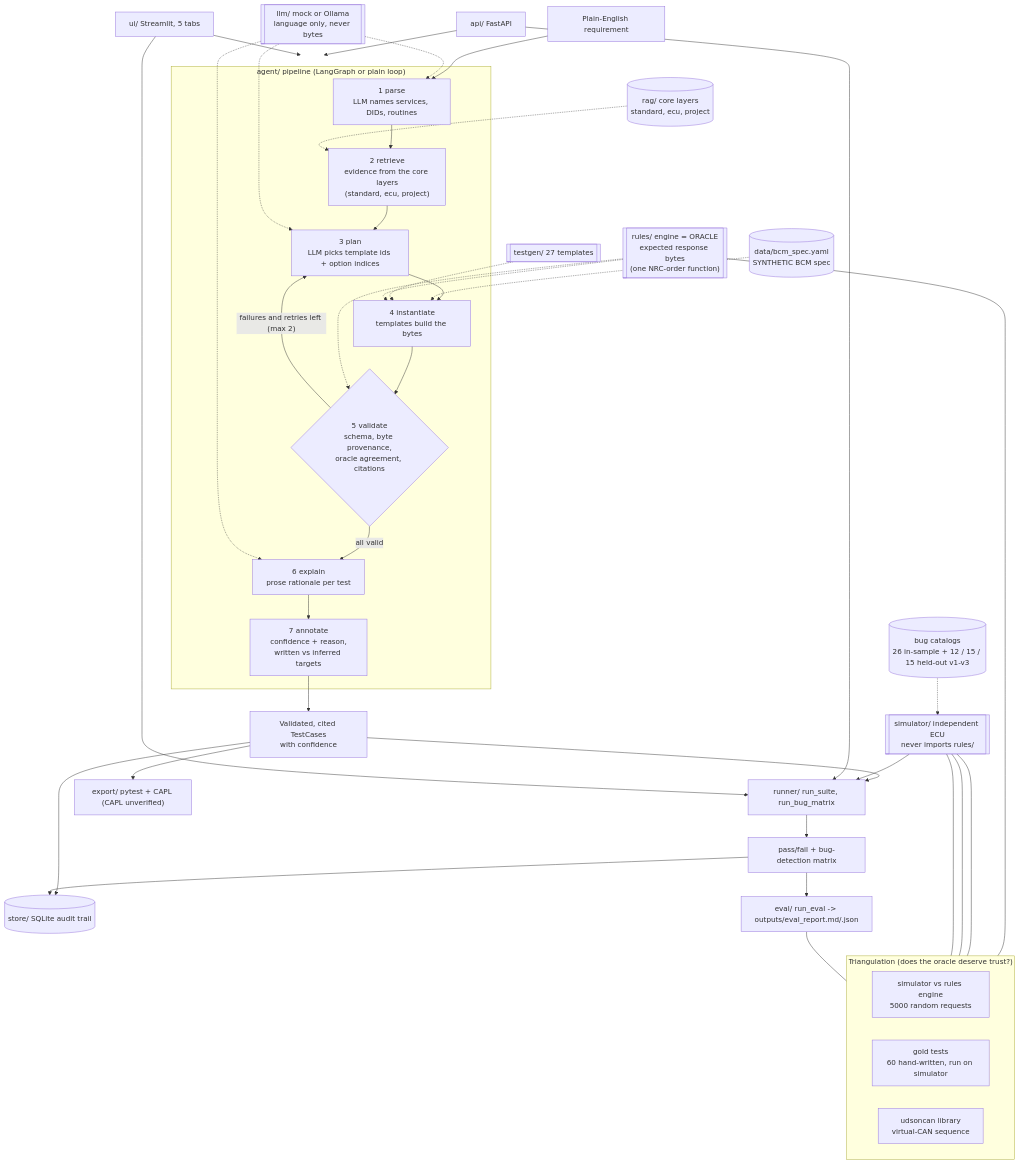
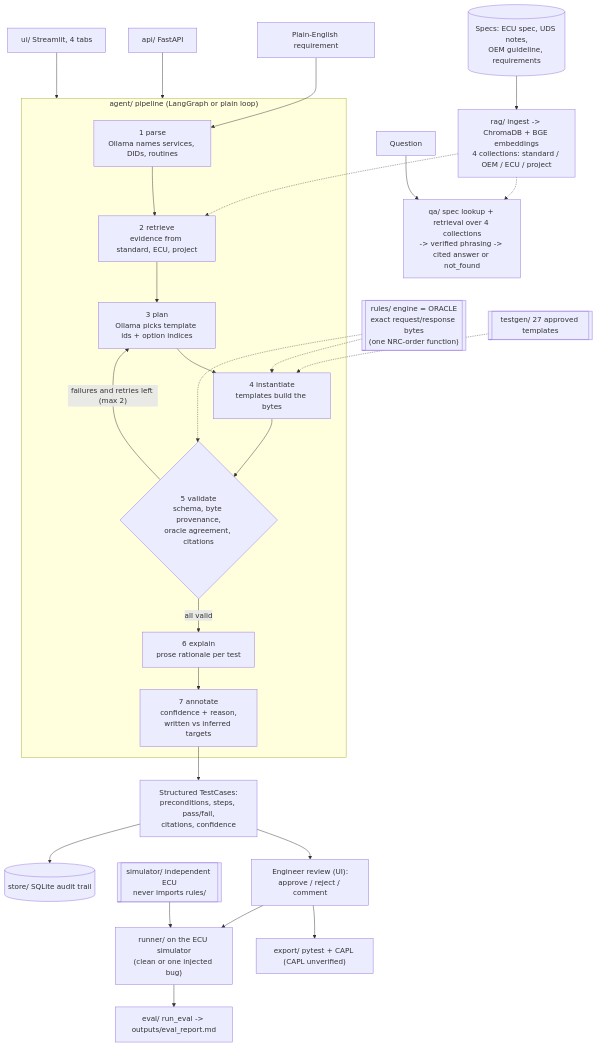
The diagram in docs/ARCHITECTURE.md (satyakarthikeya/tata_tech), drawn with Mermaid before and after one commit. The commit also changed other lines of this file and 258 other files, not shown here.

Commit message:
simple release (wip): Ollama + Chroma only, one eval, four tabs

````diff
--- a/docs/ARCHITECTURE.md
+++ b/docs/ARCHITECTURE.md
@@ -5,52 +5,35 @@
 ```mermaid
 flowchart TD
+    SRC[("Specs: ECU spec, UDS notes,<br/>OEM guideline, requirements")] --> ING["rag/ ingest -> ChromaDB + BGE embeddings<br/>4 collections: standard / OEM / ECU / project"]
     REQ["Plain-English requirement"] --> PARSE
 
     subgraph AGENT["agent/ pipeline (LangGraph or plain loop)"]
-        PARSE["1 parse<br/>LLM names services, DIDs, routines"] --> RETRIEVE
-        RETRIEVE["2 retrieve<br/>evidence from the core layers<br/>(standard, ecu, project)"] --> PLAN
-        PLAN["3 plan<br/>LLM picks template ids + option indices"] --> INST
+        PARSE["1 parse<br/>Ollama names services, DIDs, routines"] --> RETRIEVE
+        RETRIEVE["2 retrieve<br/>evidence from standard, ECU, project"] --> PLAN
+        PLAN["3 plan<br/>Ollama picks template ids + option indices"] --> INST
         INST["4 instantiate<br/>templates build the bytes"] --> VAL
         VAL{"5 validate<br/>schema, byte provenance,<br/>oracle agreement, citations"}
         VAL -- "all valid" --> EXPL["6 explain<br/>prose rationale per test"]
         EXPL --> ANN["7 annotate<br/>confidence + reason,<br/>written vs inferred targets"]
         VAL -- "failures and retries left (max 2)" --> PLAN
     end
 
-    LLM[["llm/ mock or Ollama<br/>language only, never bytes"]] -.-> PARSE
-    LLM -.-> PLAN
-    LLM -.-> EXPL
-    RAG[("rag/ core layers<br/>standard, ecu, project")] -.-> RETRIEVE
-    SPEC[("data/bcm_spec.yaml<br/>SYNTHETIC BCM spec")] -.-> INST
-    TPL[["testgen/ 27 templates"]] -.-> INST
-    ORACLE[["rules/ engine = ORACLE<br/>expected response bytes<br/>(one NRC-order function)"]] -.-> INST
+    ING -.-> RETRIEVE
+    ORACLE[["rules/ engine = ORACLE<br/>exact request/response bytes<br/>(one NRC-order function)"]] -.-> INST
     ORACLE -.-> VAL
+    TPL[["testgen/ 27 approved templates"]] -.-> INST
 
-    ANN --> TESTS["Validated, cited TestCases<br/>with confidence"]
+    ANN --> TESTS["Structured TestCases:<br/>preconditions, steps, pass/fail,<br/>citations, confidence"]
+    TESTS --> REVIEW["Engineer review (UI):<br/>approve / reject / comment"]
+    REVIEW --> EXPORT["export/ pytest + CAPL (CAPL unverified)"]
+    REVIEW --> RUNNER["runner/ on the ECU simulator<br/>(clean or one injected bug)"]
+    SIM[["simulator/ independent ECU<br/>never imports rules/"]] --> RUNNER
+    RUNNER --> REPORT["eval/ run_eval -> outputs/eval_report.md"]
     TESTS --> STORE[("store/ SQLite audit trail")]
-    TESTS --> RUNNER["runner/ run_suite, run_bug_matrix"]
-    TESTS --> EXPORT["export/ pytest + CAPL (CAPL unverified)"]
 
-    SIM[["simulator/ independent ECU<br/>never imports rules/"]] --> RUNNER
-    BUGS[("bug catalogs<br/>26 in-sample + 12 / 15 / 15 held-out v1-v3")] -.-> SIM
-    RUNNER --> RESULTS["pass/fail + bug-detection matrix"]
-    RESULTS --> EVAL["eval/ run_eval -> outputs/eval_report.md/.json"]
-    RESULTS --> STORE
+    Q["Question"] --> QA["qa/ spec lookup + retrieval over 4 collections<br/>-> verified phrasing -> cited answer or not_found"]
+    ING -.-> QA
 
     API["api/ FastAPI"] --> AGENT
-    API --> RUNNER
-    UI["ui/ Streamlit, 5 tabs"] --> AGENT
-    UI --> RUNNER
-
-    subgraph TRI["Triangulation (does the oracle deserve trust?)"]
-        direction LR
-        T1["simulator vs rules engine<br/>5000 random requests"]
-        T2["gold tests<br/>60 hand-written, run on simulator"]
-        T3["udsoncan library<br/>virtual-CAN sequence"]
-    end
-    ORACLE --- T1
-    SIM --- T1
-    SIM --- T2
-    SIM --- T3
-    EVAL --- TRI
+    UI["ui/ Streamlit, 4 tabs"] --> AGENT
 ```
````
